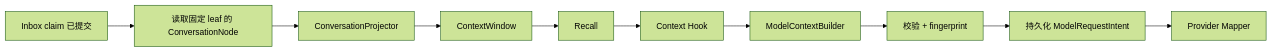
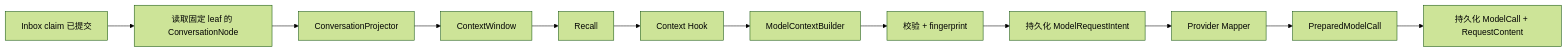
Diagram 47 of 56 in docs/upgrade/2026-08-24-runtime-entity-decisions.md (xiesunsun/MyOpenClaw), drawn with Mermaid (forest theme) before and after one commit. The commit also changed other lines of this file and 5 other files, not shown here.

Commit message:
docs: 定稿 ModelCall 可靠数据底座合同

````diff
--- a/docs/upgrade/2026-08-24-runtime-entity-decisions.md
+++ b/docs/upgrade/2026-08-24-runtime-entity-decisions.md
@@ -3198,12 +3232,14 @@
 ```mermaid
 flowchart LR
     CL[Inbox claim 已提交] --> N[读取固定 leaf 的 ConversationNode]
     N --> CP[ConversationProjector]
     CP --> W[ContextWindow]
     W --> R[Recall]
     R --> H[Context Hook]
     H --> B[ModelContextBuilder]
     B --> V[校验 + fingerprint]
     V --> I[持久化 ModelRequestIntent]
     I --> P[Provider Mapper]
+    P --> C[PreparedModelCall]
+    C --> M[持久化 ModelCall + RequestContent]
 ```
````
